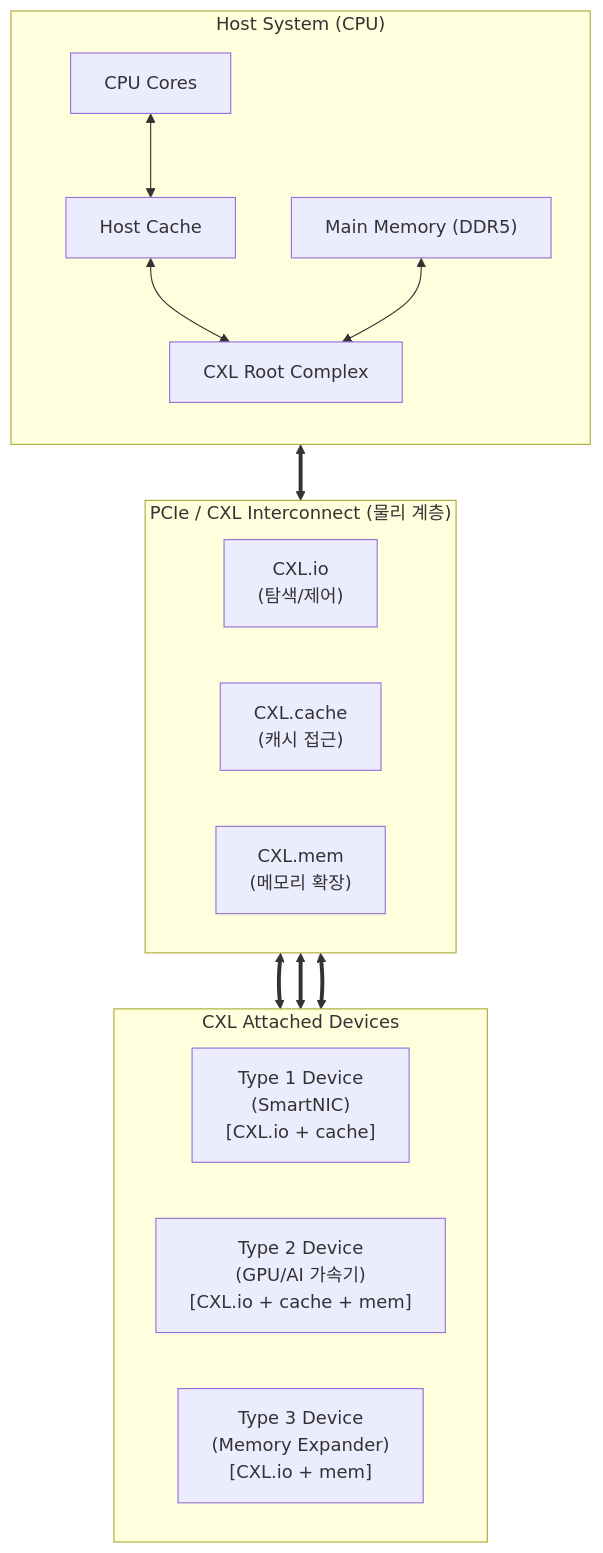
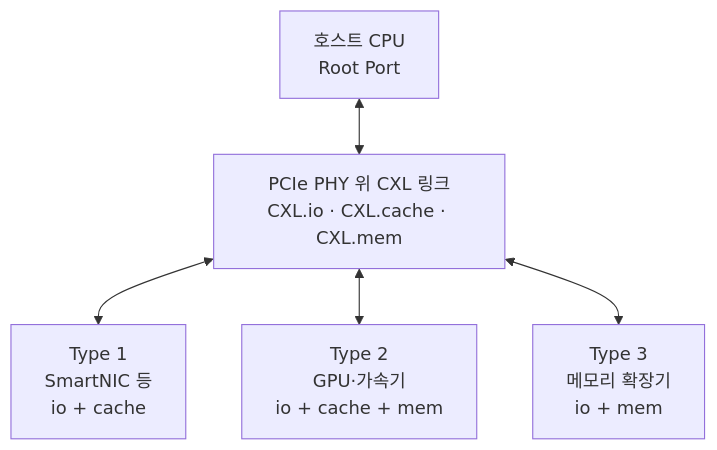
Before and after one commit to supremethumb/supremethumb.github.io: the diagram in content/01_IT Tech/CXL.md, drawn with Mermaid. The commit also changed other lines of this file and 1087 other files, not shown here.

````diff
--- a/content/01_IT Tech/CXL.md
+++ b/content/01_IT Tech/CXL.md
@@ -31,35 +34,7 @@
 ```mermaid
 flowchart TD
-    subgraph Host_System ["Host System (CPU)"]
-        direction TB
-        CPU_Core["CPU Cores"]
-        Host_Cache["Host Cache"]
-        Host_Mem["Main Memory (DDR5)"]
-        Root_Port["CXL Root Complex"]
-        
-        CPU_Core <--> Host_Cache
-        Host_Cache <--> Root_Port
-        Host_Mem <--> Root_Port
-    end
-
-    subgraph CXL_Interconnect ["PCIe / CXL Interconnect (물리 계층)"]
-        direction LR
-        CXL_io["CXL.io<br/>(탐색/제어)"]
-        CXL_cache["CXL.cache<br/>(캐시 접근)"]
-        CXL_mem["CXL.mem<br/>(메모리 확장)"]
-    end
-
-    Root_Port <==> CXL_Interconnect
-
-    subgraph CXL_Devices ["CXL Attached Devices"]
-        direction LR
-        Type1["Type 1 Device<br/>(SmartNIC)<br/>[CXL.io + cache]"]
-        Type2["Type 2 Device<br/>(GPU/AI 가속기)<br/>[CXL.io + cache + mem]"]
-        Type3["Type 3 Device<br/>(Memory Expander)<br/>[CXL.io + mem]"]
-    end
-
-    CXL_Interconnect <==> Type1
-    CXL_Interconnect <==> Type2
-    CXL_Interconnect <==> Type3
-
+    HOST["호스트 CPU<br/>Root Port"] <--> LINK["PCIe PHY 위 CXL 링크<br/>CXL.io · CXL.cache · CXL.mem"]
+    LINK <--> T1["Type 1<br/>SmartNIC 등<br/>io + cache"]
+    LINK <--> T2["Type 2<br/>GPU·가속기<br/>io + cache + mem"]
+    LINK <--> T3["Type 3<br/>메모리 확장기<br/>io + mem"]
 ```
````
